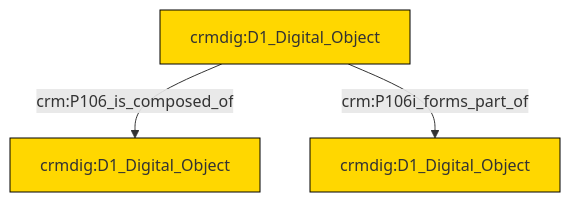
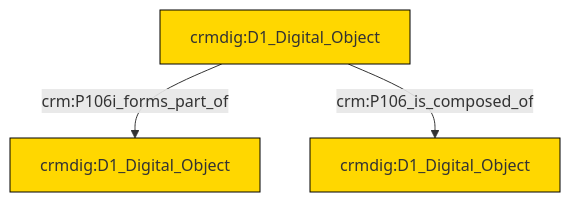
One commit to swiss-art-research-net/docs.swissartresearch changed the diagram in et/doCSV/ttl/mmd/do_parthood.ttl.mmd. Above: the diagram before and after it, drawn with Mermaid. The commit also changed 415 other files, not shown here.

```diff
--- a/et/doCSV/ttl/mmd/do_parthood.ttl.mmd
+++ b/et/doCSV/ttl/mmd/do_parthood.ttl.mmd
@@ -1,17 +1,17 @@
 graph TD
 classDef Literal fill:#f2f2f2,stroke:#000000;
 classDef CRM_Entity fill:#FFFFFF,stroke:#000000;
 classDef Temporal_Entity fill:#00C9E6, stroke:#000000;
 classDef Type fill:#E18312, stroke:#000000;
 classDef Time-Span fill:#2C9C91, stroke:#000000;
 classDef Appellation fill:#FFEB7F, stroke:#000000;
 classDef Place fill:#008836, stroke:#000000;
 classDef Persistent_Item fill:#B266B2, stroke:#000000;
 classDef Conceptual_Object fill:#FFD700, stroke:#000000;
 classDef Physical_Thing fill:#D2B48C, stroke:#000000;
 classDef Actor fill:#f58aad, stroke:#000000;
 classDef PC_Classes fill:#4ce600, stroke:#000000;
 classDef Multi fill:#cccccc,stroke:#000000;
 
-0["crmdig:D1_Digital_Object"]:::Conceptual_Object -->|crm:P106_is_composed_of| 1["crmdig:D1_Digital_Object"]:::Conceptual_Object
 0["crmdig:D1_Digital_Object"]:::Conceptual_Object -->|crm:P106i_forms_part_of| 2["crmdig:D1_Digital_Object"]:::Conceptual_Object
+0["crmdig:D1_Digital_Object"]:::Conceptual_Object -->|crm:P106_is_composed_of| 4["crmdig:D1_Digital_Object"]:::Conceptual_Object
```
